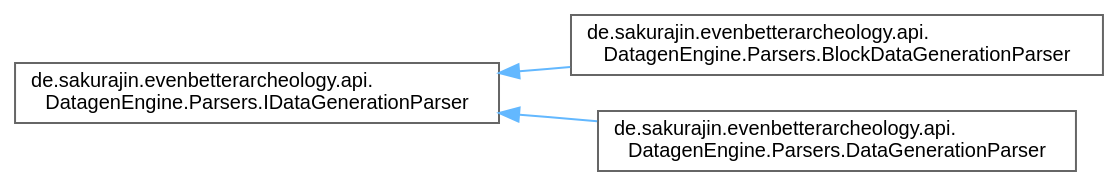
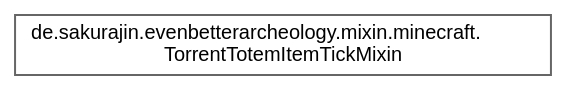
Before and after one commit to noah1510/EvenBetterArcheology: the diagram in inherit_graph_13.dot, drawn with Graphviz. The commit also changed 425 other files, not shown here.

```diff
--- a/inherit_graph_13.dot
+++ b/inherit_graph_13.dot
@@ -1,13 +1,9 @@
 digraph "Graphical Class Hierarchy"
 {
  // LATEX_PDF_SIZE
   bgcolor="transparent";
   edge [fontname=Helvetica,fontsize=10,labelfontname=Helvetica,labelfontsize=10];
   node [fontname=Helvetica,fontsize=10,shape=box,height=0.2,width=0.4];
   rankdir="LR";
-  Node0 [label="de.sakurajin.evenbetterarcheology.api.\lDatagenEngine.Parsers.IDataGenerationParser",height=0.2,width=0.4,color="grey40", fillcolor="white", style="filled",URL="$interfacede_1_1sakurajin_1_1evenbetterarcheology_1_1api_1_1DatagenEngine_1_1Parsers_1_1IDataGenerationParser.html",tooltip="This interface is used to parse annotations."];
-  Node0 -> Node1 [dir="back",color="steelblue1",style="solid"];
-  Node1 [label="de.sakurajin.evenbetterarcheology.api.\lDatagenEngine.Parsers.BlockDataGenerationParser",height=0.2,width=0.4,color="grey40", fillcolor="white", style="filled",URL="$classde_1_1sakurajin_1_1evenbetterarcheology_1_1api_1_1DatagenEngine_1_1Parsers_1_1BlockDataGenerationParser.html",tooltip="This parser is used to generate block items for blocks that implement the BlockItemGenerateable inter..."];
-  Node0 -> Node2 [dir="back",color="steelblue1",style="solid"];
-  Node2 [label="de.sakurajin.evenbetterarcheology.api.\lDatagenEngine.Parsers.DataGenerationParser",height=0.2,width=0.4,color="grey40", fillcolor="white", style="filled",URL="$classde_1_1sakurajin_1_1evenbetterarcheology_1_1api_1_1DatagenEngine_1_1Parsers_1_1DataGenerationParser.html",tooltip=" "];
+  Node0 [label="de.sakurajin.evenbetterarcheology.mixin.minecraft.\lTorrentTotemItemTickMixin",height=0.2,width=0.4,color="grey40", fillcolor="white", style="filled",URL="$classde_1_1sakurajin_1_1evenbetterarcheology_1_1mixin_1_1minecraft_1_1TorrentTotemItemTickMixin.html",tooltip=" "];
 }
```
